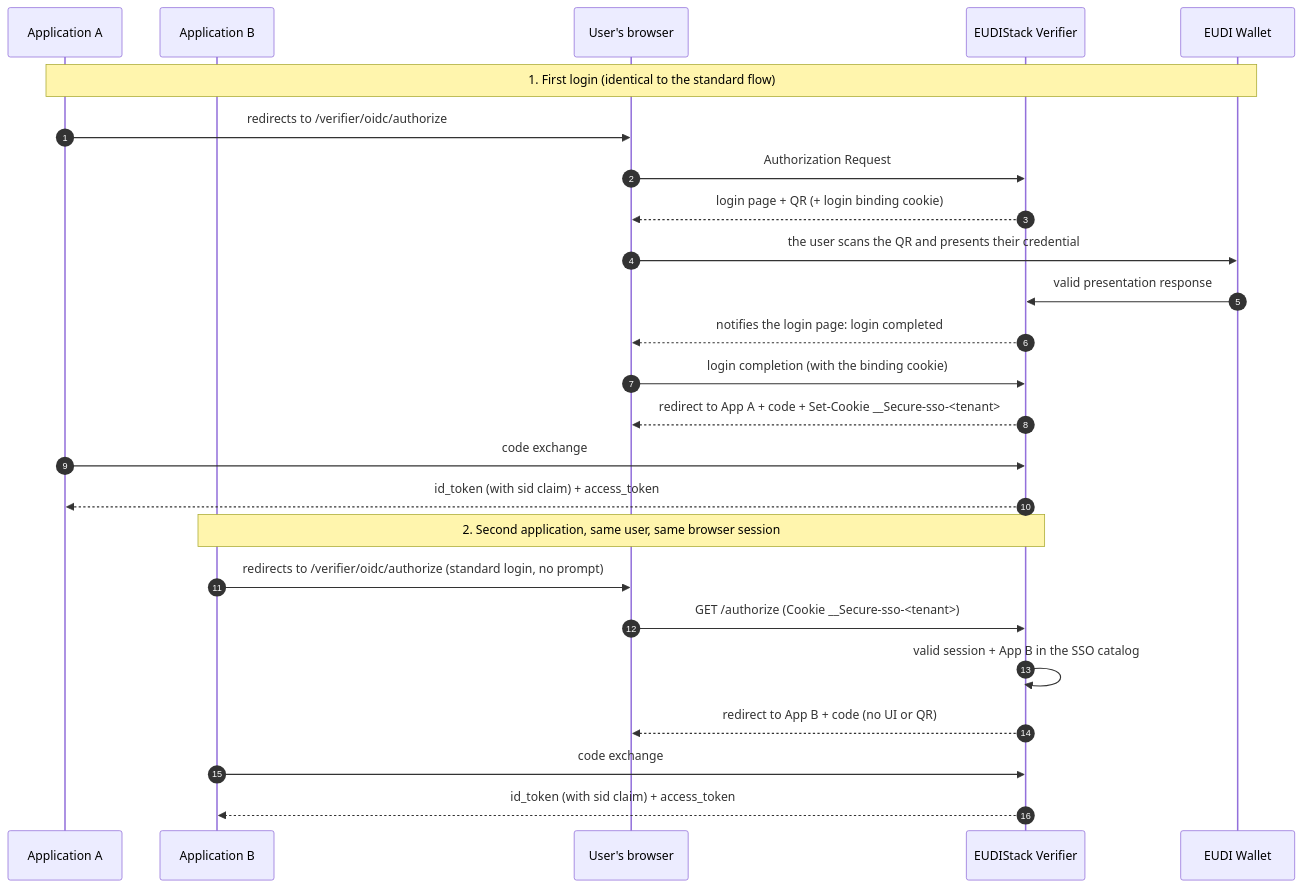
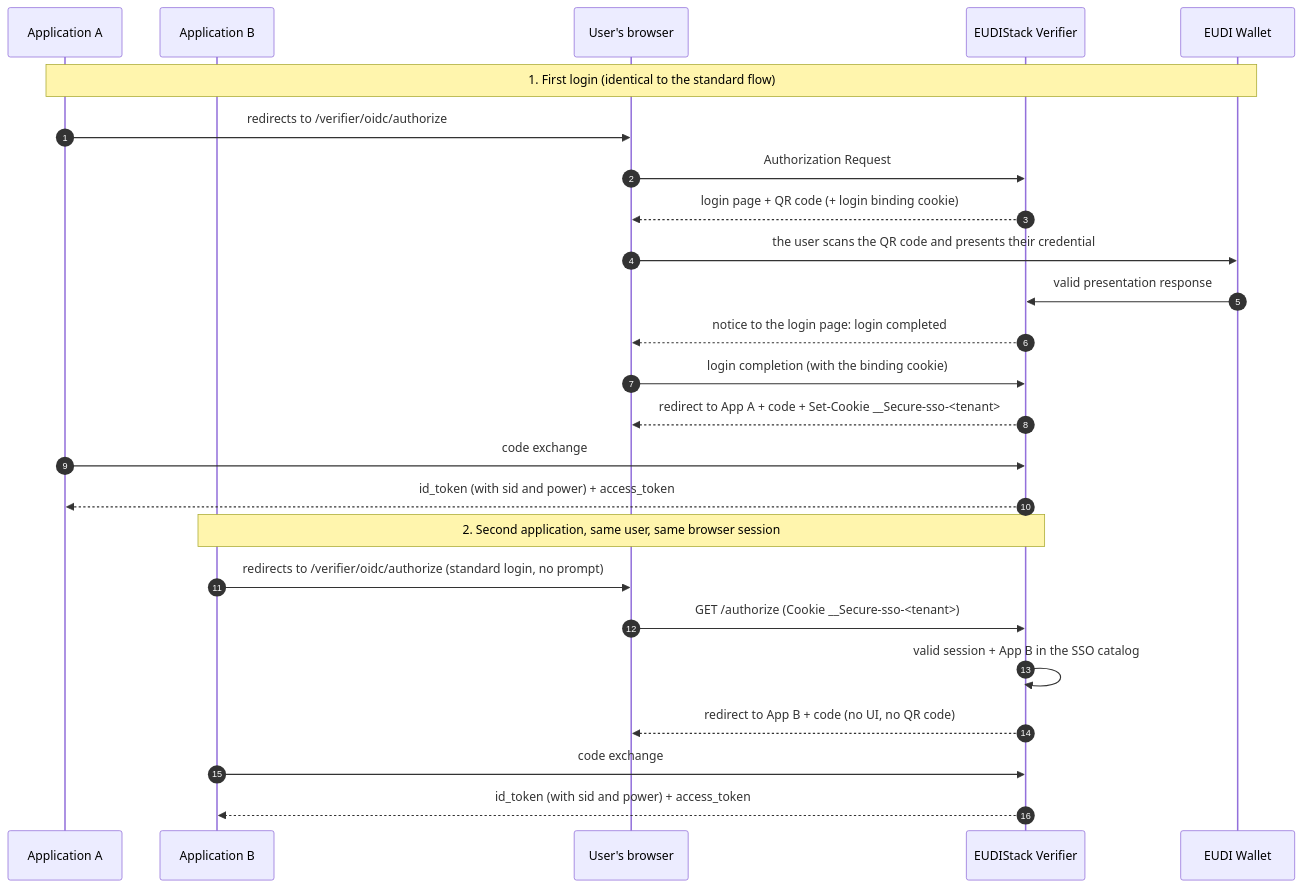
One commit to in2workspace/eudistack-platform-docs changed the first of 3 diagrams in docs/developers/guides/sso-multi-app.en.md. Above: the diagram before and after it, drawn with Mermaid. The commit also changed other lines of this file and 10 other files, not shown here.

First line of the commit message:
docs(sso): step-by-step SSO guide aligned with Verifier 3.4.1, retire the admin page

````diff
--- a/docs/developers/guides/sso-multi-app.en.md
+++ b/docs/developers/guides/sso-multi-app.en.md
@@ -36,29 +36,29 @@
 ```mermaid
 sequenceDiagram
     autonumber
     participant App1 as Application A
     participant App2 as Application B
     participant Browser as User's browser
     participant Verifier as EUDIStack Verifier
     participant Wallet as EUDI Wallet
 
     Note over App1,Wallet: 1. First login (identical to the standard flow)
     App1->>Browser: redirects to /verifier/oidc/authorize
     Browser->>Verifier: Authorization Request
-    Verifier-->>Browser: login page + QR (+ login binding cookie)
-    Browser->>Wallet: the user scans the QR and presents their credential
+    Verifier-->>Browser: login page + QR code (+ login binding cookie)
+    Browser->>Wallet: the user scans the QR code and presents their credential
     Wallet->>Verifier: valid presentation response
-    Verifier-->>Browser: notifies the login page: login completed
+    Verifier-->>Browser: notice to the login page: login completed
     Browser->>Verifier: login completion (with the binding cookie)
     Verifier-->>Browser: redirect to App A + code + Set-Cookie __Secure-sso-<tenant>
     App1->>Verifier: code exchange
-    Verifier-->>App1: id_token (with sid claim) + access_token
+    Verifier-->>App1: id_token (with sid and power) + access_token
 
     Note over App2,Verifier: 2. Second application, same user, same browser session
     App2->>Browser: redirects to /verifier/oidc/authorize (standard login, no prompt)
     Browser->>Verifier: GET /authorize (Cookie __Secure-sso-<tenant>)
     Verifier->>Verifier: valid session + App B in the SSO catalog
-    Verifier-->>Browser: redirect to App B + code (no UI or QR)
+    Verifier-->>Browser: redirect to App B + code (no UI, no QR code)
     App2->>Verifier: code exchange
-    Verifier-->>App2: id_token (with sid claim) + access_token
+    Verifier-->>App2: id_token (with sid and power) + access_token
 ```
````
